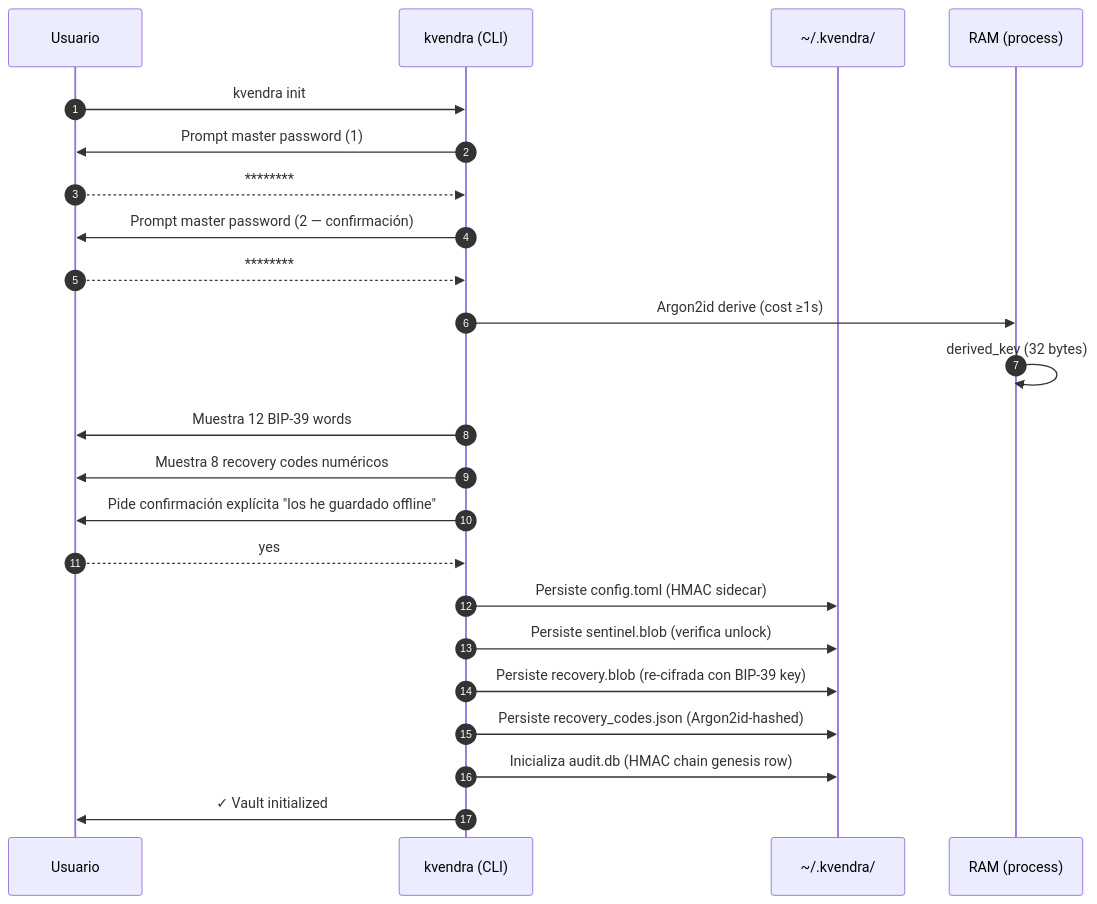
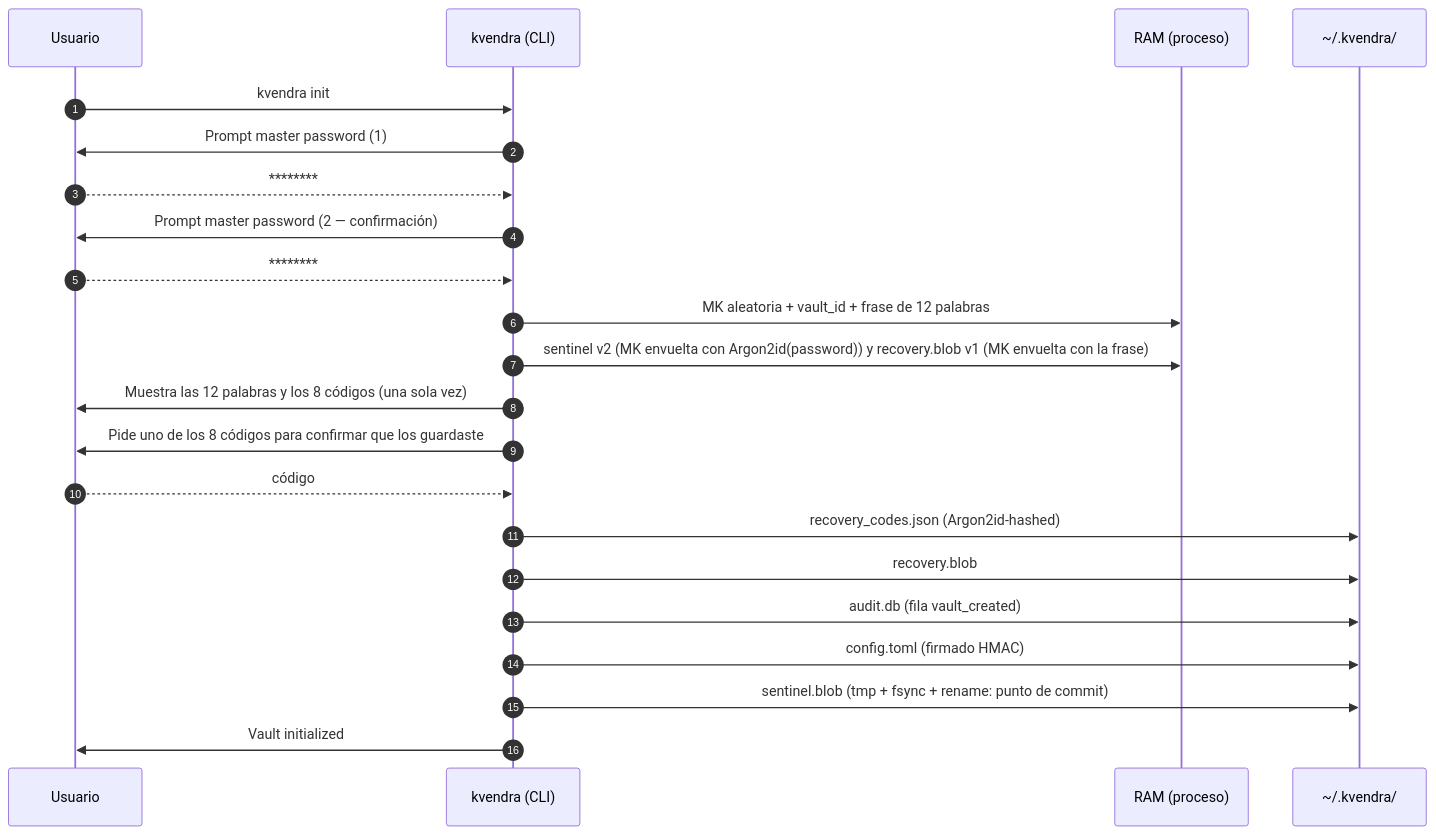
Before and after one commit to KvendraAI/kvendra-cli: the diagram in docs/manual-kvendra-cli/04-bootstrap-vault.md, drawn with Mermaid. The commit also changed other lines of this file and 22 other files, not shown here.

````diff
--- a/docs/manual-kvendra-cli/04-bootstrap-vault.md
+++ b/docs/manual-kvendra-cli/04-bootstrap-vault.md
@@ -17,26 +17,25 @@
 ```mermaid
 sequenceDiagram
     autonumber
     participant U as Usuario
     participant C as kvendra (CLI)
+    participant RAM as RAM (proceso)
     participant FS as ~/.kvendra/
-    participant RAM as RAM (process)
 
     U->>C: kvendra init
     C->>U: Prompt master password (1)
     U-->>C: ********
     C->>U: Prompt master password (2 — confirmación)
     U-->>C: ********
-    C->>RAM: Argon2id derive (cost ≥1s)
-    RAM->>RAM: derived_key (32 bytes)
-    C->>U: Muestra 12 BIP-39 words
-    C->>U: Muestra 8 recovery codes numéricos
-    C->>U: Pide confirmación explícita "los he guardado offline"
-    U-->>C: yes
-    C->>FS: Persiste config.toml (HMAC sidecar)
-    C->>FS: Persiste sentinel.blob (verifica unlock)
-    C->>FS: Persiste recovery.blob (re-cifrada con BIP-39 key)
-    C->>FS: Persiste recovery_codes.json (Argon2id-hashed)
-    C->>FS: Inicializa audit.db (HMAC chain genesis row)
-    C->>U: ✓ Vault initialized
+    C->>RAM: MK aleatoria + vault_id + frase de 12 palabras
+    C->>RAM: sentinel v2 (MK envuelta con Argon2id(password)) y recovery.blob v1 (MK envuelta con la frase)
+    C->>U: Muestra las 12 palabras y los 8 códigos (una sola vez)
+    C->>U: Pide uno de los 8 códigos para confirmar que los guardaste
+    U-->>C: código
+    C->>FS: recovery_codes.json (Argon2id-hashed)
+    C->>FS: recovery.blob
+    C->>FS: audit.db (fila vault_created)
+    C->>FS: config.toml (firmado HMAC)
+    C->>FS: sentinel.blob (tmp + fsync + rename: punto de commit)
+    C->>U: Vault initialized
 ```
````
